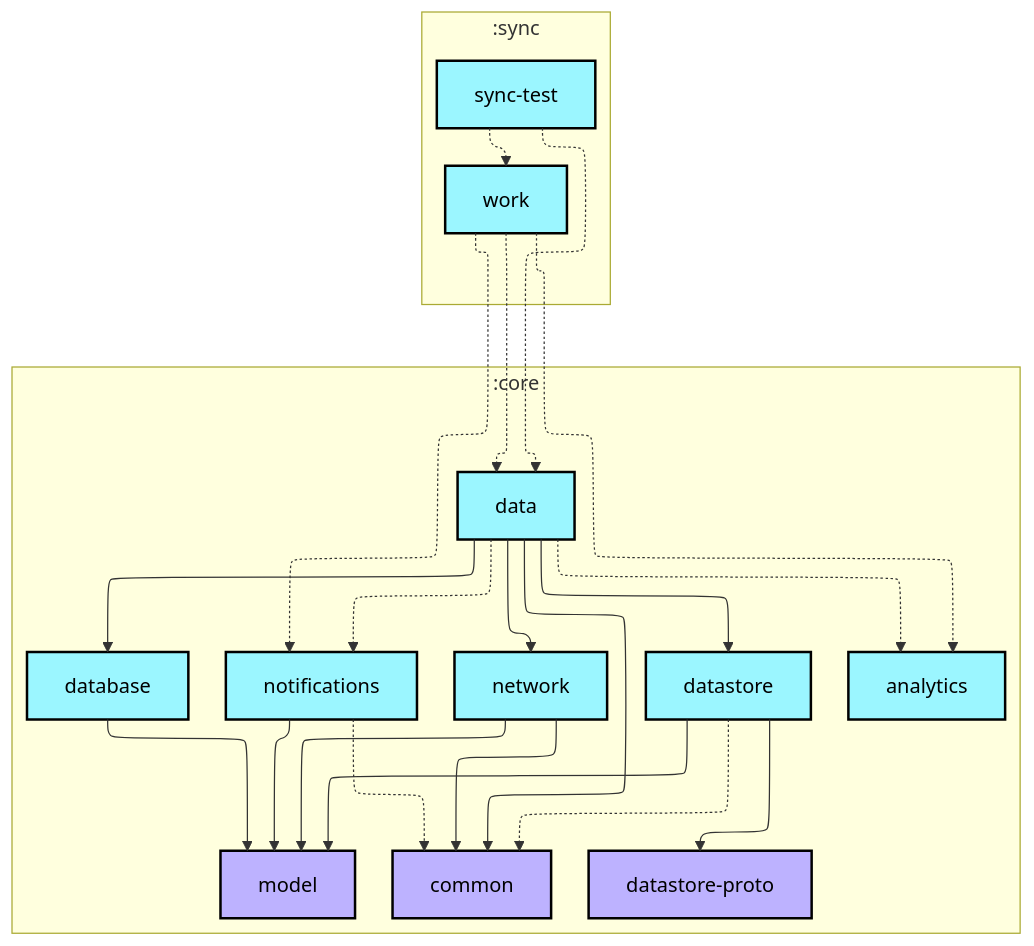
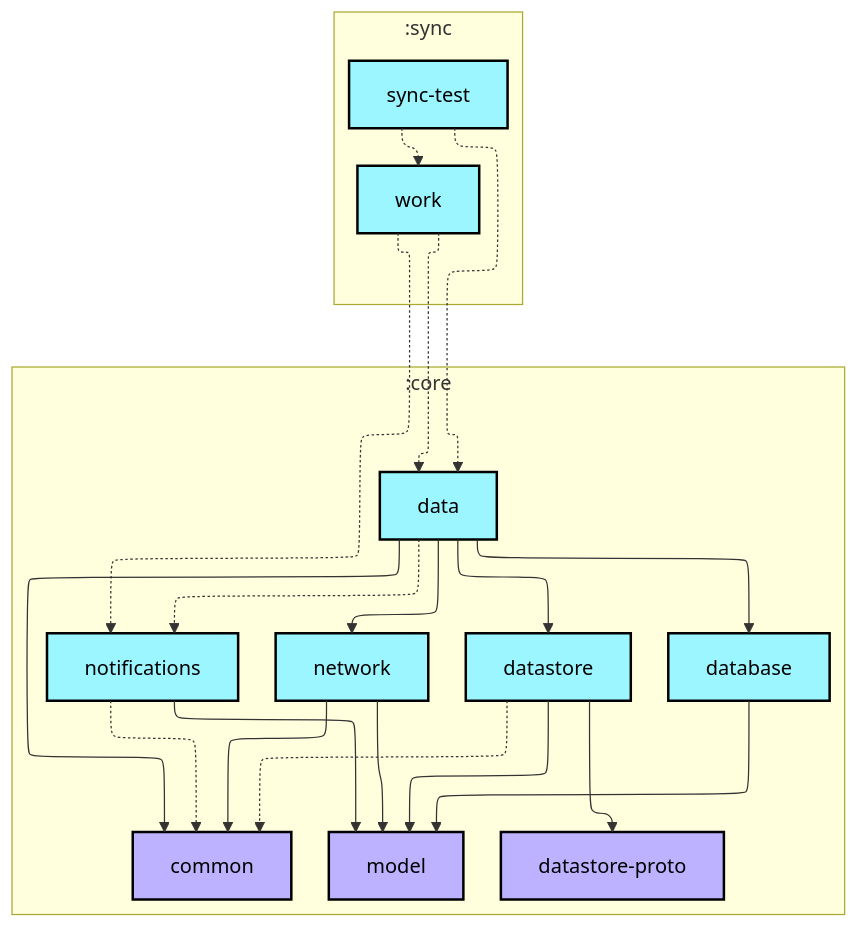
Before and after one commit to AshishMK/JetUpdates: the first of 2 diagrams in sync/sync-test/README.md, drawn with Mermaid. The commit also changed 15 other files, not shown here.

Commit message:
feat: hideBottomBar logic All pull requests completed after PR # 2003Migrate project to Jetpack Navigation 3 to PR #2100 Update README graphs with correct datastore-proto plugin

````diff
--- a/sync/sync-test/README.md
+++ b/sync/sync-test/README.md
@@ -6,53 +6,50 @@
 ```mermaid
 ---
 config:
   layout: elk
   elk:
     nodePlacementStrategy: SIMPLE
 ---
 graph TB
   subgraph :sync
     direction TB
     :sync:sync-test[sync-test]:::android-library
     :sync:work[work]:::android-library
   end
   subgraph :core
     direction TB
-    :core:analytics[analytics]:::android-library
     :core:common[common]:::jvm-library
     :core:data[data]:::android-library
     :core:database[database]:::android-library
     :core:datastore[datastore]:::android-library
     :core:datastore-proto[datastore-proto]:::jvm-library
     :core:model[model]:::jvm-library
     :core:network[network]:::android-library
     :core:notifications[notifications]:::android-library
   end
 
-  :core:data -.-> :core:analytics
   :core:data --> :core:common
   :core:data --> :core:database
   :core:data --> :core:datastore
   :core:data --> :core:network
   :core:data -.-> :core:notifications
   :core:database --> :core:model
   :core:datastore -.-> :core:common
   :core:datastore --> :core:datastore-proto
   :core:datastore --> :core:model
   :core:network --> :core:common
   :core:network --> :core:model
   :core:notifications -.-> :core:common
   :core:notifications --> :core:model
   :sync:sync-test -.-> :core:data
   :sync:sync-test -.-> :sync:work
-  :sync:work -.-> :core:analytics
   :sync:work -.-> :core:data
   :sync:work -.-> :core:notifications
 
 classDef android-application fill:#CAFFBF,stroke:#000,stroke-width:2px,color:#000;
 classDef android-feature fill:#FFD6A5,stroke:#000,stroke-width:2px,color:#000;
 classDef android-library fill:#9BF6FF,stroke:#000,stroke-width:2px,color:#000;
 classDef android-test fill:#A0C4FF,stroke:#000,stroke-width:2px,color:#000;
 classDef jvm-library fill:#BDB2FF,stroke:#000,stroke-width:2px,color:#000;
 classDef unknown fill:#FFADAD,stroke:#000,stroke-width:2px,color:#000;
 ```
````
